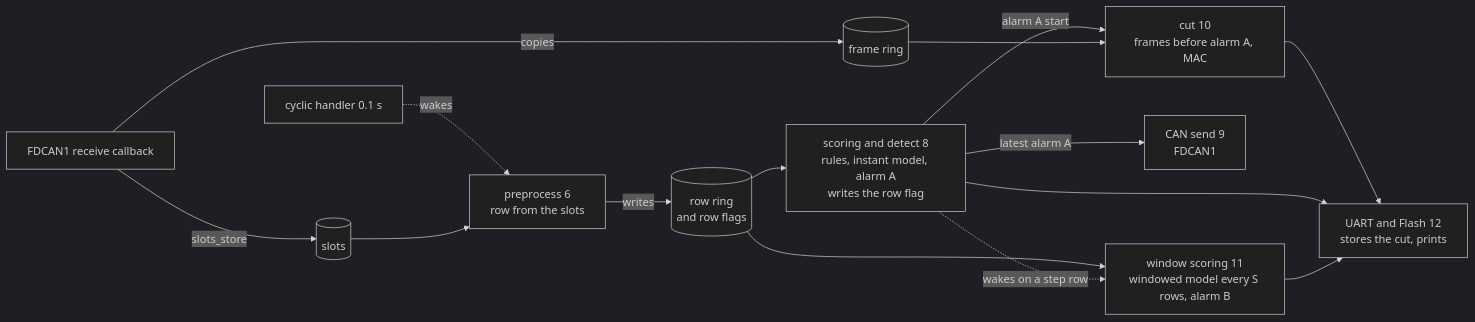
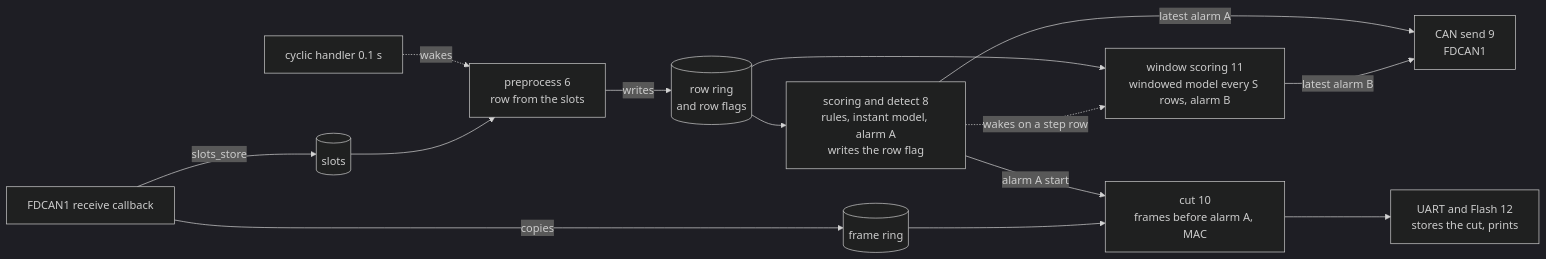
Before and after one commit to asana17/ai_can_anomaly_detection: the diagram in board/docs/goal_window.md, drawn with Mermaid (dark theme). The commit also changed other lines of this file, not shown here.

Commit message:
docs(board): send the alarms only on CAN

````diff
--- a/board/docs/goal_window.md
+++ b/board/docs/goal_window.md
@@ -87,17 +87,16 @@
 ```mermaid
 flowchart LR
     irq["FDCAN1 receive callback"] -- slots_store --> slots[(slots)]
     irq -- copies --> frames[(frame ring)]
     tick[cyclic handler 0.1 s] -. wakes .-> pre
     slots --> pre["preprocess 6<br/>row from the slots"]
     pre -- writes --> ring[(row ring<br/>and row flags)]
     ring --> sd["scoring and detect 8<br/>rules, instant model, alarm A<br/>writes the row flag"]
     ring --> win["window scoring 11<br/>windowed model every S rows, alarm B"]
     sd -. wakes on a step row .-> win
     sd -- latest alarm A --> can["CAN send 9<br/>FDCAN1"]
+    win -- latest alarm B --> can
     sd -- alarm A start --> cut["cut 10<br/>frames before alarm A, MAC"]
     frames --> cut
     cut --> out["UART and Flash 12<br/>stores the cut, prints"]
-    sd --> out
-    win --> out
 ```
````
